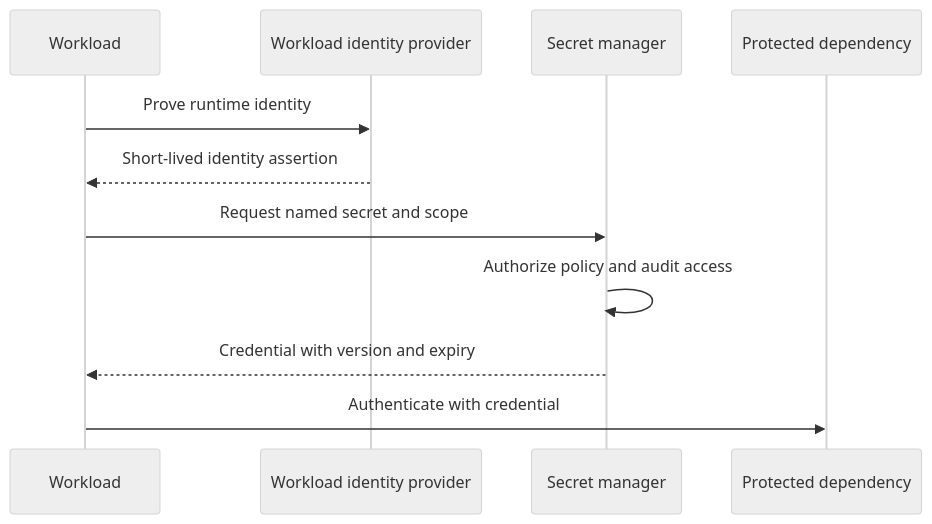
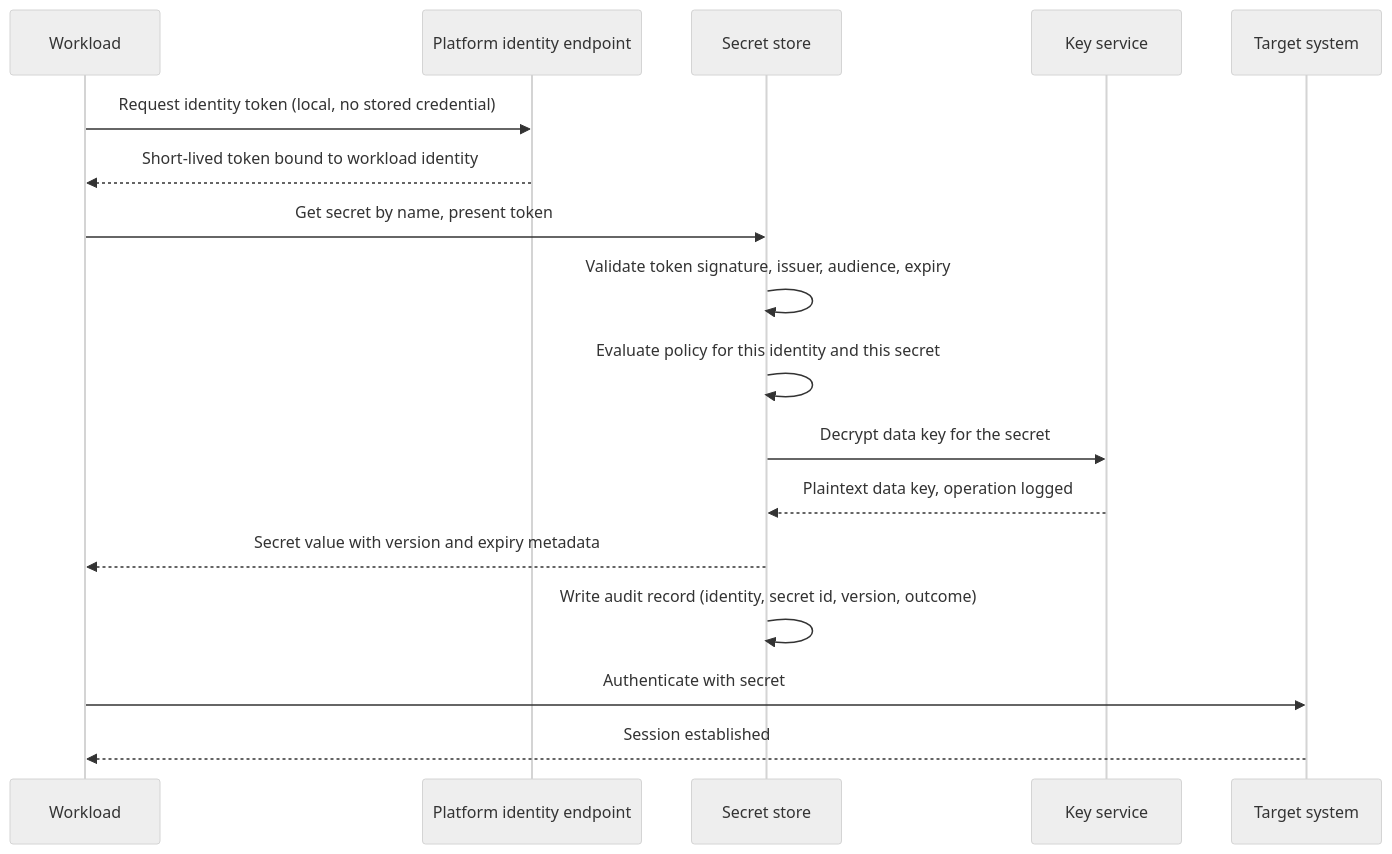
Before and after one commit to joydasss/Architect: the second of 12 diagrams in 15_Security/CH09_Secrets_Management.md, drawn with Mermaid (neutral theme). The commit also changed other lines of this file and 295 other files, not shown here.

````diff
--- a/15_Security/CH09_Secrets_Management.md
+++ b/15_Security/CH09_Secrets_Management.md
@@ -28,13 +139,19 @@
 ```mermaid
 sequenceDiagram
-    participant App as Workload
-    participant Identity as Workload identity provider
-    participant Vault as Secret manager
-    participant Target as Protected dependency
-    App->>Identity: Prove runtime identity
-    Identity-->>App: Short-lived identity assertion
-    App->>Vault: Request named secret and scope
-    Vault->>Vault: Authorize policy and audit access
-    Vault-->>App: Credential with version and expiry
-    App->>Target: Authenticate with credential
+    participant W as Workload
+    participant P as Platform identity endpoint
+    participant S as Secret store
+    participant K as Key service
+    participant T as Target system
+    W->>P: Request identity token (local, no stored credential)
+    P-->>W: Short-lived token bound to workload identity
+    W->>S: Get secret by name, present token
+    S->>S: Validate token signature, issuer, audience, expiry
+    S->>S: Evaluate policy for this identity and this secret
+    S->>K: Decrypt data key for the secret
+    K-->>S: Plaintext data key, operation logged
+    S-->>W: Secret value with version and expiry metadata
+    S->>S: Write audit record (identity, secret id, version, outcome)
+    W->>T: Authenticate with secret
+    T-->>W: Session established
 ```
````
